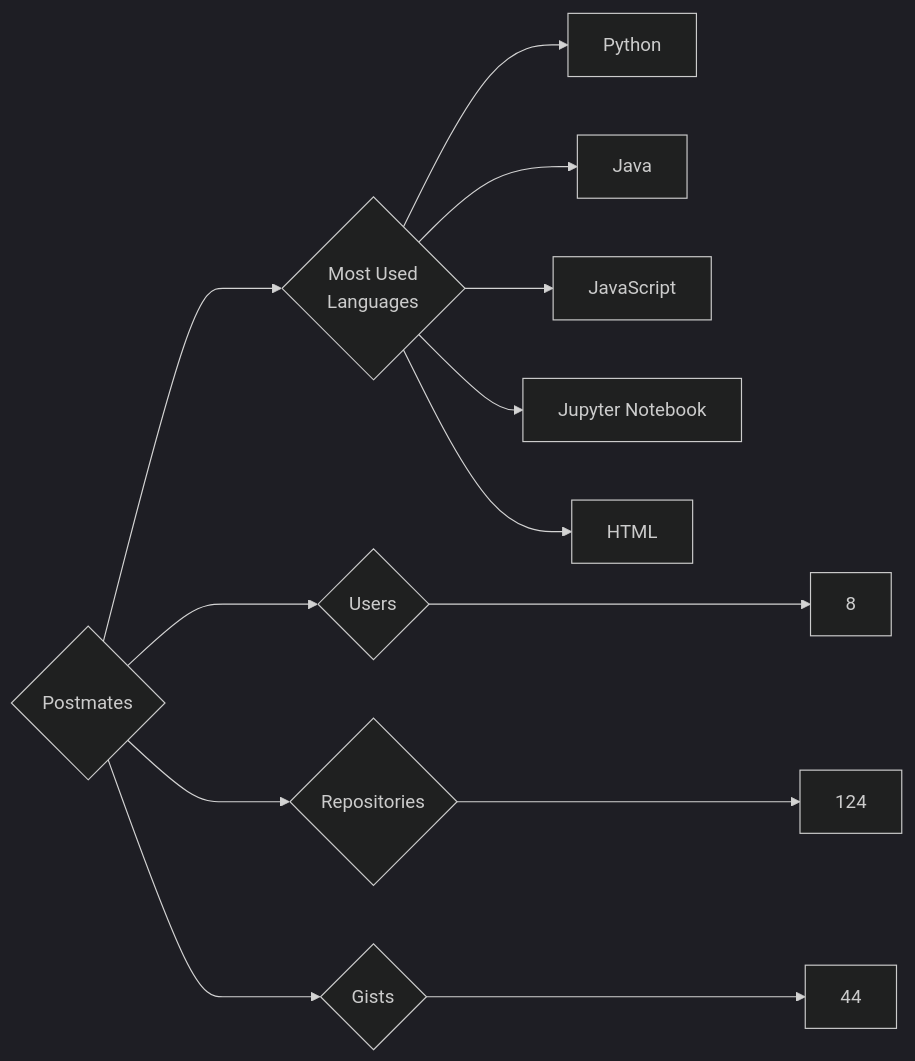
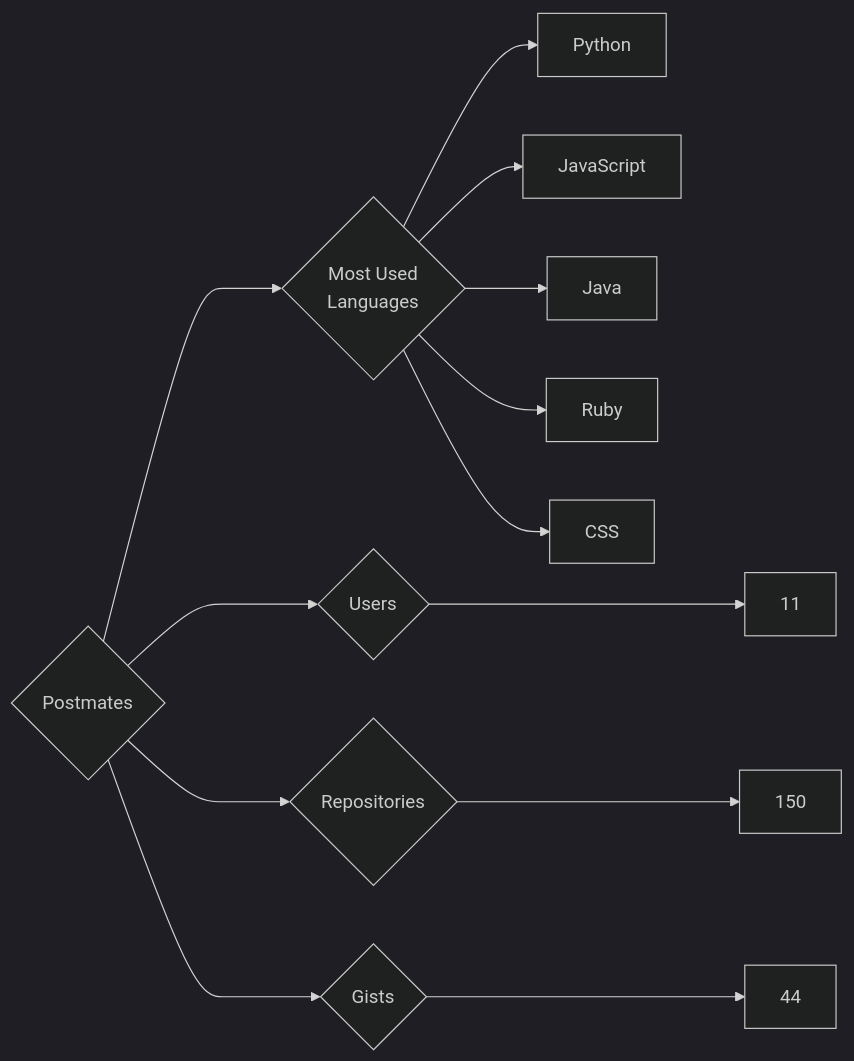
The diagram in targets/Postmates/README.md (trickest/insiders), drawn with Mermaid (dark theme) before and after one commit. The commit also changed 796 other files, not shown here.

````diff
--- a/targets/Postmates/README.md
+++ b/targets/Postmates/README.md
@@ -3,13 +3,13 @@
 ```mermaid
 graph LR
 COMPANY_NAME{Postmates}
-COMPANY_NAME ---> U{Users} ---> UN[8]
-COMPANY_NAME ---> R{Repositories} ---> RN[124]
+COMPANY_NAME ---> U{Users} ---> UN[11]
+COMPANY_NAME ---> R{Repositories} ---> RN[150]
 COMPANY_NAME ---> G{Gists} ---> GN[44]
 COMPANY_NAME ---> ML{Most Used<br>Languages}
 ML --> Python[Python]
+ML --> JavaScript[JavaScript]
 ML --> Java[Java]
-ML --> JavaScript[JavaScript]
-ML --> Jupyter_Notebook[Jupyter Notebook]
-ML --> HTML[HTML]
+ML --> Ruby[Ruby]
+ML --> CSS[CSS]
 ```
````
